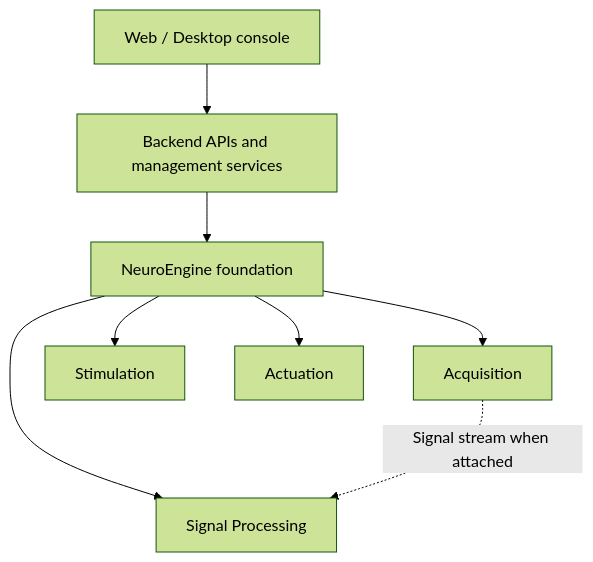
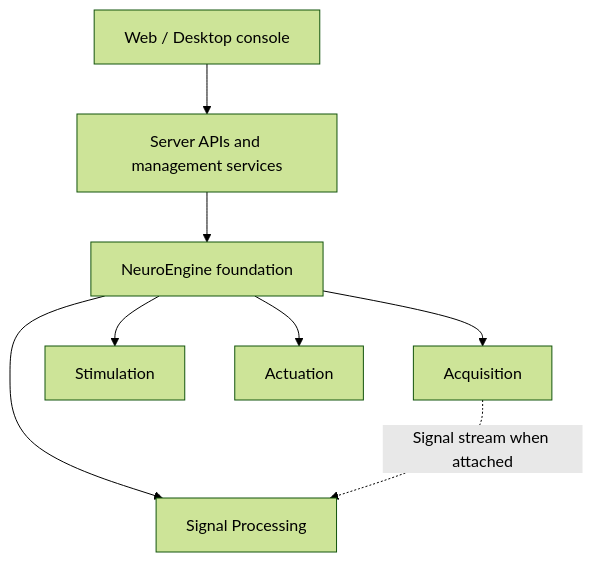
Before and after one commit to lincker/OmniBCI: the diagram in docs/module-config.md, drawn with Mermaid (forest theme). The commit also changed other lines of this file and 211 other files, not shown here.

````diff
--- a/docs/module-config.md
+++ b/docs/module-config.md
@@ -27,10 +31,10 @@
 ```mermaid
 flowchart TB
-    UI[Web / Desktop console] --> API[Backend APIs and management services]
+    UI[Web / Desktop console] --> API[Server APIs and management services]
     API --> E[NeuroEngine foundation]
     E --> A[Acquisition]
     E --> P[Signal Processing]
     E --> S[Stimulation]
     E --> O[Actuation]
     A -. Signal stream when attached .-> P
 ```
````
